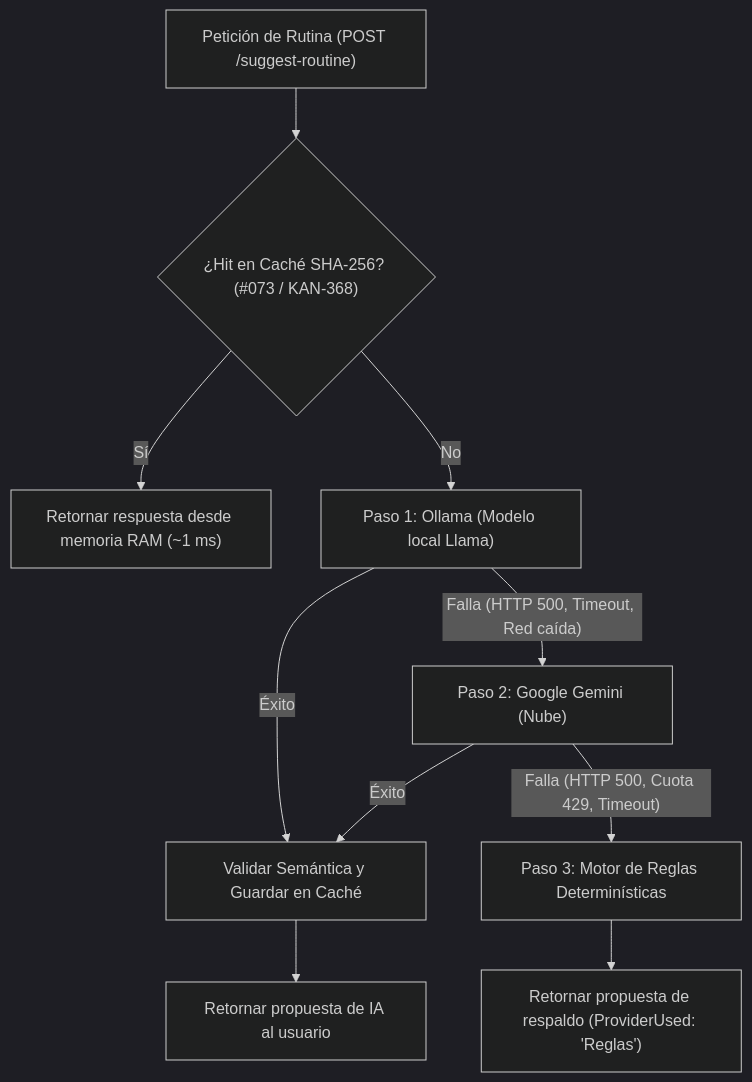
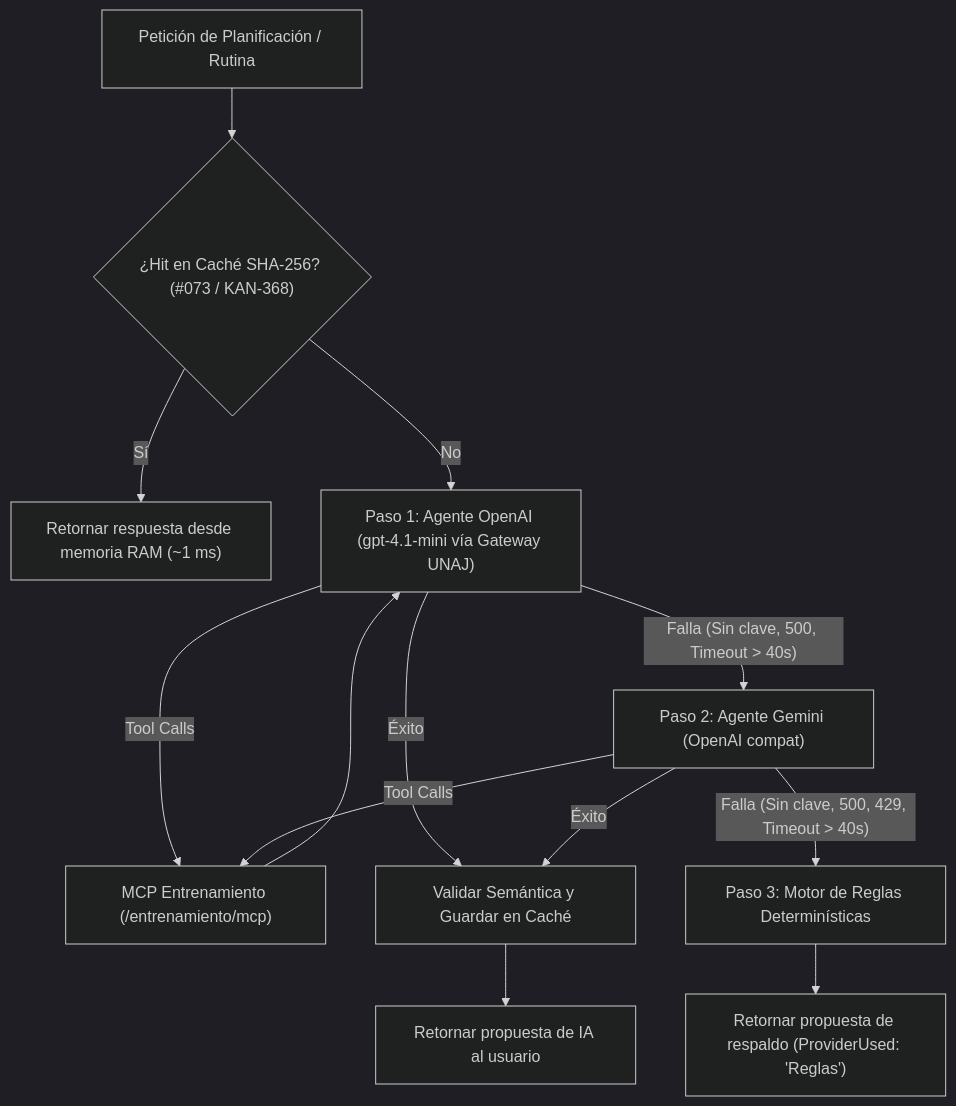
One commit to ProTrainingUNAJ/protraining-back changed the diagram in services/asistente/README.md. Above: the diagram before and after it, drawn with Mermaid (dark theme). The commit also changed other lines of this file and 23 other files, not shown here.

Commit message:
feat(asistente): agente generico openia gemini con tool calling mcp y retiro de ollama

````diff
--- a/services/asistente/README.md
+++ b/services/asistente/README.md
@@ -293,12 +289,15 @@
 ```mermaid
 graph TD
-    A["Petición de Rutina (POST /suggest-routine)"] --> B{"¿Hit en Caché SHA-256? (#073 / KAN-368)"}
+    A["Petición de Planificación / Rutina"] --> B{"¿Hit en Caché SHA-256? (#073 / KAN-368)"}
     B -- Sí --> C["Retornar respuesta desde memoria RAM (~1 ms)"]
-    B -- No --> D["Paso 1: Ollama (Modelo local Llama)"]
+    B -- No --> D["Paso 1: Agente OpenAI (gpt-4.1-mini vía Gateway UNAJ)"]
+    D -- "Tool Calls" --> MCP["MCP Entrenamiento (/entrenamiento/mcp)"]
+    MCP --> D
     D -- Éxito --> E["Validar Semántica y Guardar en Caché"]
-    D -- "Falla (HTTP 500, Timeout, Red caída)" --> F["Paso 2: Google Gemini (Nube)"]
+    D -- "Falla (Sin clave, 500, Timeout > 40s)" --> F["Paso 2: Agente Gemini (OpenAI compat)"]
+    F -- "Tool Calls" --> MCP
     F -- Éxito --> E
-    F -- "Falla (HTTP 500, Cuota 429, Timeout)" --> G["Paso 3: Motor de Reglas Determinísticas"]
+    F -- "Falla (Sin clave, 500, 429, Timeout > 40s)" --> G["Paso 3: Motor de Reglas Determinísticas"]
     G --> H["Retornar propuesta de respaldo (ProviderUsed: 'Reglas')"]
     E --> I["Retornar propuesta de IA al usuario"]
 ```
````
